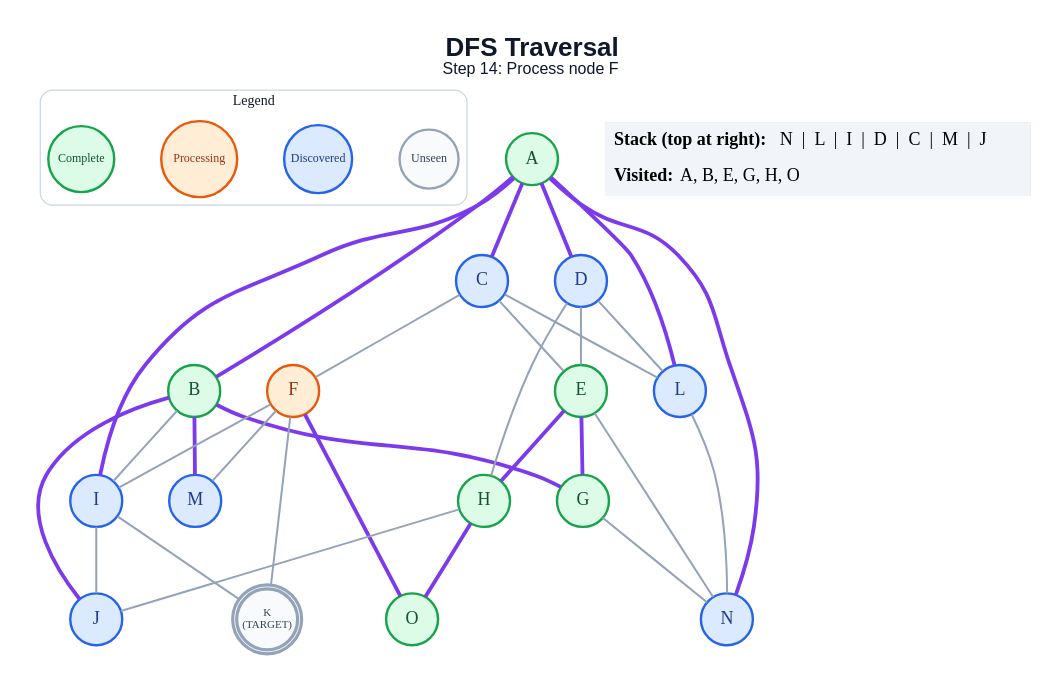
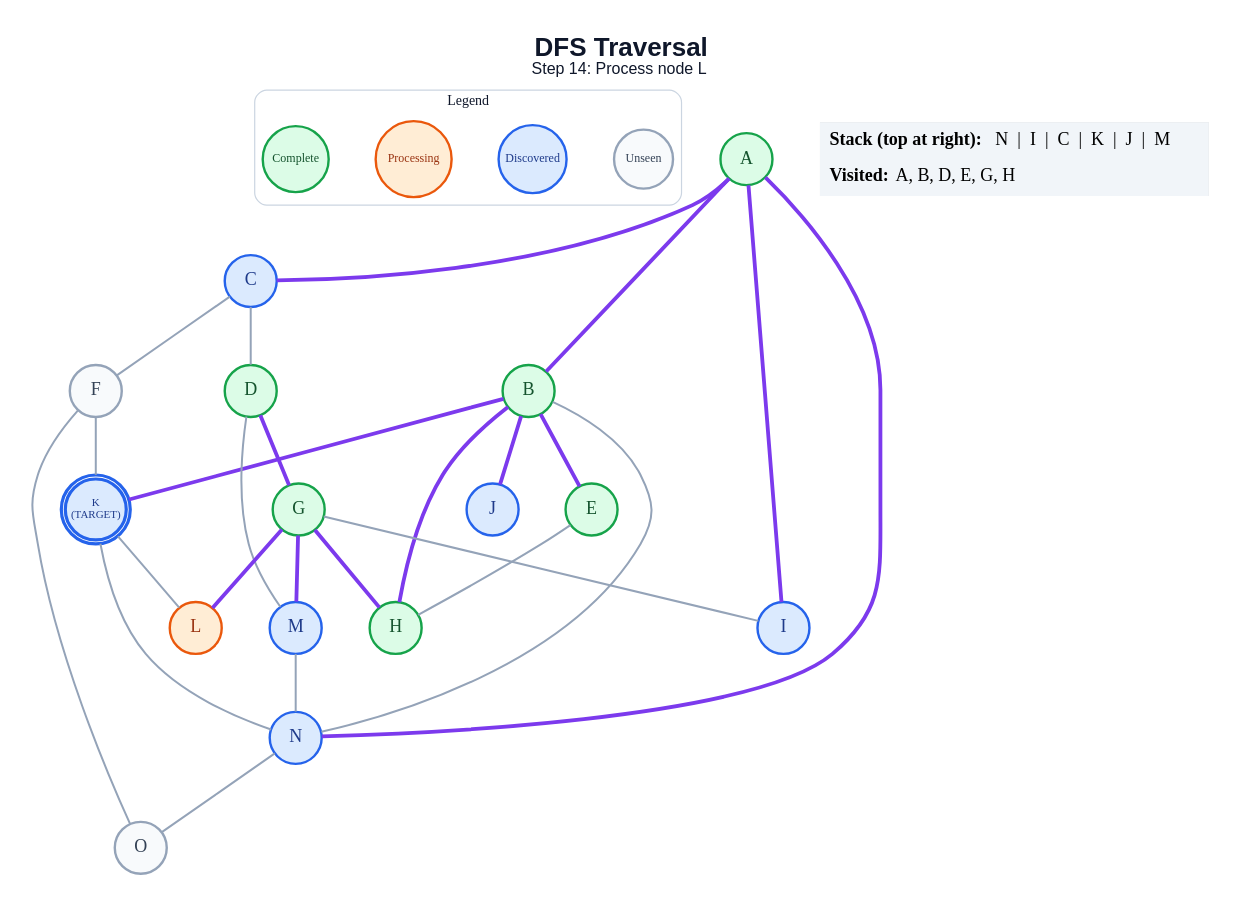
The diagram in generated/specific-node/dfs/step_14.dot (anon7238593-create/ai-slop), drawn with Graphviz before and after one commit. The commit also changed 281 other files, not shown here.

```diff
--- a/generated/specific-node/dfs/step_14.dot
+++ b/generated/specific-node/dfs/step_14.dot
@@ -1,63 +1,58 @@
 graph traversal {
   graph [layout=dot, rankdir=TB, bgcolor="#FFFFFF", pad="0.35", nodesep="0.65", ranksep="0.8", fontname="Arial"];
   node [shape=circle, style="filled", fontname="Arial Bold", fontsize=18, width=0.72, fixedsize=true, penwidth=2.4];
   edge [color="#94A3B8", penwidth=2.0];
-  label=<<B>DFS Traversal</B><BR/><FONT POINT-SIZE="16">Step 14: Process node F</FONT>>; labelloc="t"; fontsize=26; fontname="Arial"; fontcolor="#0F172A";
+  label=<<B>DFS Traversal</B><BR/><FONT POINT-SIZE="16">Step 14: Process node L</FONT>>; labelloc="t"; fontsize=26; fontname="Arial"; fontcolor="#0F172A";
   subgraph cluster_legend { label="Legend"; color="#CBD5E1"; penwidth=1.2; style="rounded"; fontsize=14; fontname="Arial Bold";
     key_unseen [label="Unseen", fillcolor="#F8FAFC", color="#94A3B8", fontcolor="#334155", fontsize=12, width=0.82];
     key_frontier [label="Discovered", fillcolor="#DBEAFE", color="#2563EB", fontcolor="#1E3A8A", fontsize=12, width=0.95];
     key_current [label="Processing", fillcolor="#FFEDD5", color="#EA580C", fontcolor="#9A3412", fontsize=12, width=1.05];
     key_done [label="Complete", fillcolor="#DCFCE7", color="#16A34A", fontcolor="#14532D", fontsize=12, width=0.92];
     { rank=same; key_unseen; key_frontier; key_current; key_done; }
   }
   A [label="A", fillcolor="#DCFCE7", color="#16A34A", fontcolor="#14532D", peripheries=1, penwidth=2.4];
   B [label="B", fillcolor="#DCFCE7", color="#16A34A", fontcolor="#14532D", peripheries=1, penwidth=2.4];
   C [label="C", fillcolor="#DBEAFE", color="#2563EB", fontcolor="#1E3A8A", peripheries=1, penwidth=2.4];
-  D [label="D", fillcolor="#DBEAFE", color="#2563EB", fontcolor="#1E3A8A", peripheries=1, penwidth=2.4];
+  D [label="D", fillcolor="#DCFCE7", color="#16A34A", fontcolor="#14532D", peripheries=1, penwidth=2.4];
   E [label="E", fillcolor="#DCFCE7", color="#16A34A", fontcolor="#14532D", peripheries=1, penwidth=2.4];
-  F [label="F", fillcolor="#FFEDD5", color="#EA580C", fontcolor="#9A3412", peripheries=1, penwidth=2.4];
+  F [label="F", fillcolor="#F8FAFC", color="#94A3B8", fontcolor="#334155", peripheries=1, penwidth=2.4];
   G [label="G", fillcolor="#DCFCE7", color="#16A34A", fontcolor="#14532D", peripheries=1, penwidth=2.4];
   H [label="H", fillcolor="#DCFCE7", color="#16A34A", fontcolor="#14532D", peripheries=1, penwidth=2.4];
   I [label="I", fillcolor="#DBEAFE", color="#2563EB", fontcolor="#1E3A8A", peripheries=1, penwidth=2.4];
   J [label="J", fillcolor="#DBEAFE", color="#2563EB", fontcolor="#1E3A8A", peripheries=1, penwidth=2.4];
-  K [label="K\n(TARGET)", fillcolor="#F8FAFC", color="#94A3B8", fontcolor="#334155", peripheries=2, penwidth=3.2, fontsize=11, width=0.85, height=0.85];
-  L [label="L", fillcolor="#DBEAFE", color="#2563EB", fontcolor="#1E3A8A", peripheries=1, penwidth=2.4];
+  K [label="K\n(TARGET)", fillcolor="#DBEAFE", color="#2563EB", fontcolor="#1E3A8A", peripheries=2, penwidth=3.2, fontsize=11, width=0.85, height=0.85];
+  L [label="L", fillcolor="#FFEDD5", color="#EA580C", fontcolor="#9A3412", peripheries=1, penwidth=2.4];
   M [label="M", fillcolor="#DBEAFE", color="#2563EB", fontcolor="#1E3A8A", peripheries=1, penwidth=2.4];
   N [label="N", fillcolor="#DBEAFE", color="#2563EB", fontcolor="#1E3A8A", peripheries=1, penwidth=2.4];
-  O [label="O", fillcolor="#DCFCE7", color="#16A34A", fontcolor="#14532D", peripheries=1, penwidth=2.4];
+  O [label="O", fillcolor="#F8FAFC", color="#94A3B8", fontcolor="#334155", peripheries=1, penwidth=2.4];
   A -- B [color="#7C3AED", penwidth=3.8];
   A -- C [color="#7C3AED", penwidth=3.8];
-  A -- D [color="#7C3AED", penwidth=3.8];
   A -- I [color="#7C3AED", penwidth=3.8];
-  A -- L [color="#7C3AED", penwidth=3.8];
   A -- N [color="#7C3AED", penwidth=3.8];
-  B -- G [color="#7C3AED", penwidth=3.8];
-  B -- I;
+  B -- E [color="#7C3AED", penwidth=3.8];
+  B -- H [color="#7C3AED", penwidth=3.8];
   B -- J [color="#7C3AED", penwidth=3.8];
-  B -- M [color="#7C3AED", penwidth=3.8];
-  C -- E;
+  B -- K [color="#7C3AED", penwidth=3.8];
+  B -- N;
+  C -- D;
   C -- F;
-  C -- L;
-  D -- E;
-  D -- H;
-  D -- L;
-  E -- G [color="#7C3AED", penwidth=3.8];
-  E -- H [color="#7C3AED", penwidth=3.8];
-  E -- N;
-  F -- I;
+  D -- G [color="#7C3AED", penwidth=3.8];
+  D -- M;
+  E -- H;
   F -- K;
-  F -- M;
-  F -- O [color="#7C3AED", penwidth=3.8];
-  G -- N;
-  H -- J;
-  H -- O [color="#7C3AED", penwidth=3.8];
-  I -- J;
-  I -- K;
-  L -- N;
+  F -- O;
+  G -- H [color="#7C3AED", penwidth=3.8];
+  G -- I;
+  G -- L [color="#7C3AED", penwidth=3.8];
+  G -- M [color="#7C3AED", penwidth=3.8];
+  K -- L;
+  K -- N;
+  M -- N;
+  N -- O;
   status [shape=plain, fixedsize=false, width=0, height=0, margin=0, label=<
     <TABLE BORDER="0" CELLBORDER="0" CELLPADDING="7" BGCOLOR="#F1F5F9">
-      <TR><TD ALIGN="LEFT"><B>Stack (top at right):</B> N  |  L  |  I  |  D  |  C  |  M  |  J</TD></TR>
-      <TR><TD ALIGN="LEFT"><B>Visited:</B> A, B, E, G, H, O</TD></TR>
+      <TR><TD ALIGN="LEFT"><B>Stack (top at right):</B> N  |  I  |  C  |  K  |  J  |  M</TD></TR>
+      <TR><TD ALIGN="LEFT"><B>Visited:</B> A, B, D, E, G, H</TD></TR>
     </TABLE>
   >];
 }
```
